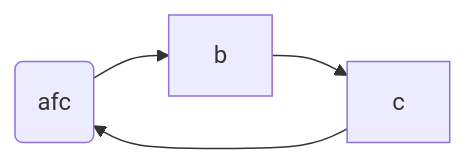
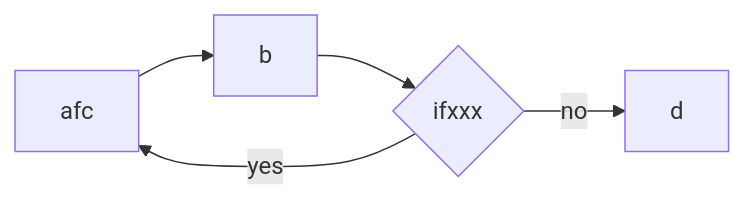
The first of 3 diagrams in 13沉淀笔记/MarkDown流程图示例.md (norven63/MyObsidian), drawn with Mermaid before and after one commit. The commit also changed 1 other file, not shown here.

Commit message:
auto commit

````diff
--- a/13沉淀笔记/MarkDown流程图示例.md
+++ b/13沉淀笔记/MarkDown流程图示例.md
@@ -9,5 +9,7 @@
 ```mermaid
 flowchart LR
-	aa(afc) --> b
-	b --> c --> aa
+	a[afc]-->b
+	b-->c{ifxxx}
+	c-->|yes|a
+	c-->|no|d
 ```
````
